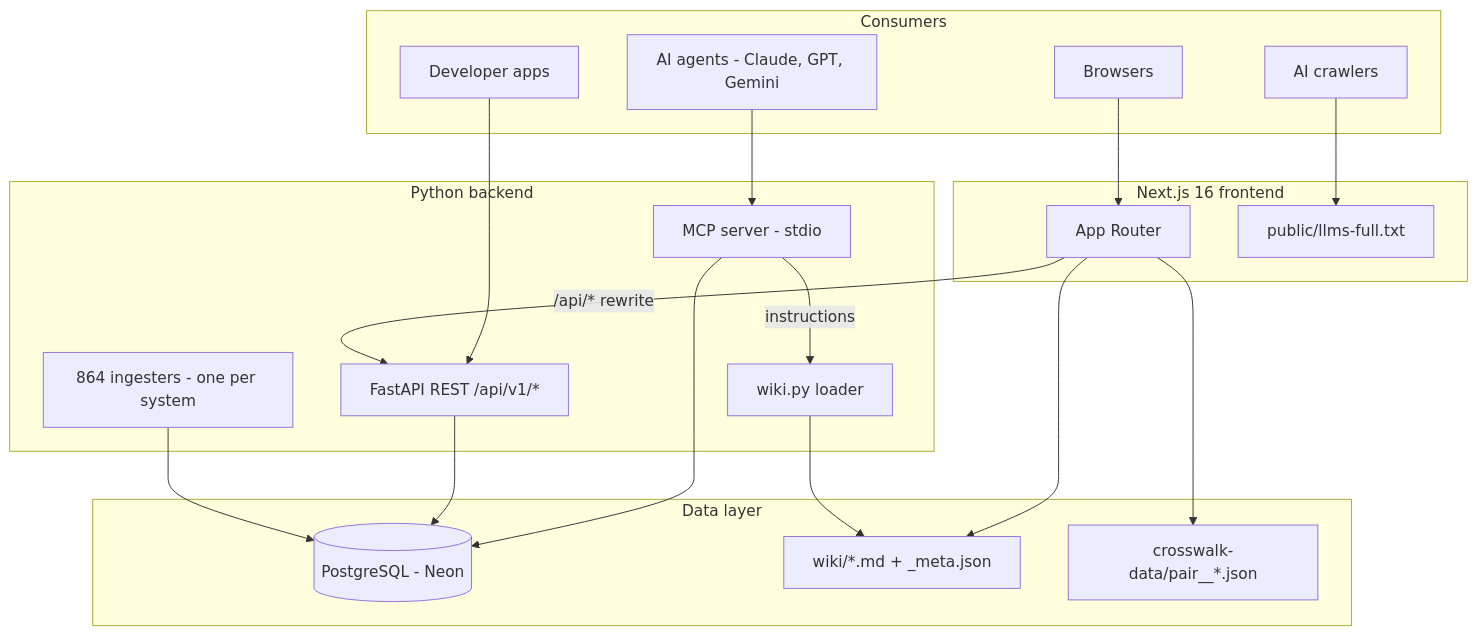
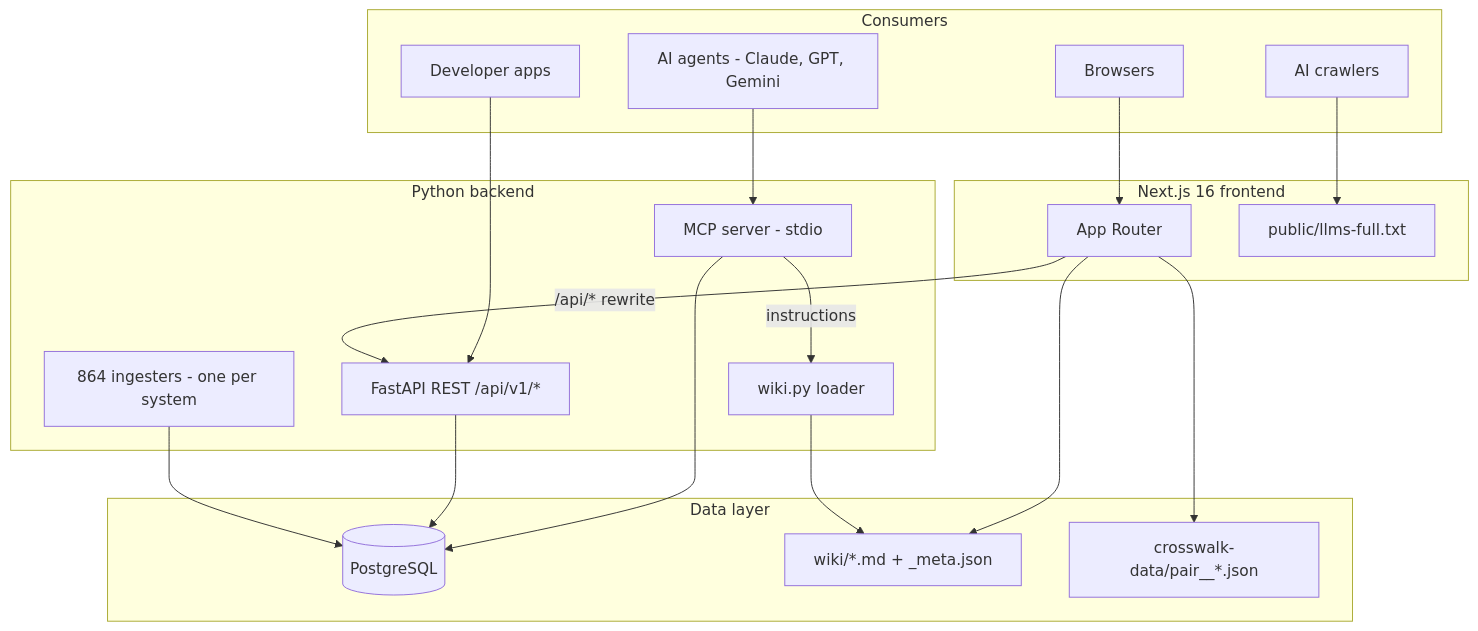
Before and after one commit to colaberry/WorldOfTaxonomy: the diagram in HANDOVER.md, drawn with Mermaid. The commit also changed other lines of this file and 1236 other files, not shown here.

````diff
--- a/HANDOVER.md
+++ b/HANDOVER.md
@@ -17,36 +17,36 @@
 ```mermaid
 graph TB
   subgraph Data["Data layer"]
-    PG[(PostgreSQL - Neon)]
+    PG[(PostgreSQL)]
     WIKI[wiki/*.md + _meta.json]
     CW[crosswalk-data/pair__*.json]
   end
   subgraph Backend["Python backend"]
     INGEST[864 ingesters - one per system]
     API[FastAPI REST /api/v1/*]
     MCP[MCP server - stdio]
     WIKILOADER[wiki.py loader]
   end
   subgraph Frontend["Next.js 16 frontend"]
     APP[App Router]
     PUBLIC[public/llms-full.txt]
   end
   subgraph Consumers
     BROWSER[Browsers]
     AI[AI agents - Claude, GPT, Gemini]
     CRAWLER[AI crawlers]
     DEVS[Developer apps]
   end
   INGEST --> PG
   API --> PG
   MCP --> PG
   WIKILOADER --> WIKI
   MCP -->|instructions| WIKILOADER
   APP -->|/api/* rewrite| API
   APP --> WIKI
   APP --> CW
   BROWSER --> APP
   AI --> MCP
   CRAWLER --> PUBLIC
   DEVS --> API
 ```
````
